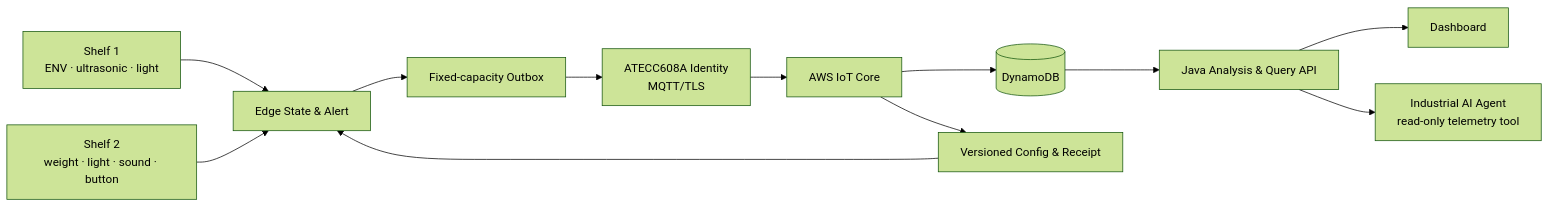
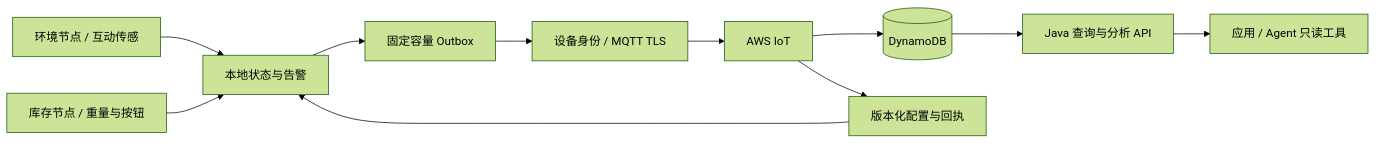
The diagram in README.md (KristenYue/smart-supermarket-shelf), drawn with Mermaid (forest theme) before and after one commit. The commit also changed other lines of this file and 2 other files, not shown here.

Commit message:
docs: present engineering architecture and verified project evidence

````diff
--- a/README.md
+++ b/README.md
@@ -57,14 +18,13 @@
 ```mermaid
 flowchart LR
-    S1[Shelf 1\nENV · ultrasonic · light] --> E[Edge State & Alert]
-    S2[Shelf 2\nweight · light · sound · button] --> E
-    E --> O[Fixed-capacity Outbox]
-    O --> M[ATECC608A Identity\nMQTT/TLS]
-    M --> A[AWS IoT Core]
+    E[环境节点 / 互动传感] --> S[本地状态与告警]
+    I[库存节点 / 重量与按钮] --> S
+    S --> O[固定容量 Outbox]
+    O --> M[设备身份 / MQTT TLS]
+    M --> A[AWS IoT]
     A --> D[(DynamoDB)]
-    D --> J[Java Analysis & Query API]
-    J --> UI[Dashboard]
-    J --> G[Industrial AI Agent\nread-only telemetry tool]
-    A --> C[Versioned Config & Receipt]
-    C --> E
+    D --> J[Java 查询与分析 API]
+    J --> U[应用 / Agent 只读工具]
+    A --> C[版本化配置与回执]
+    C --> S
 ```
````
